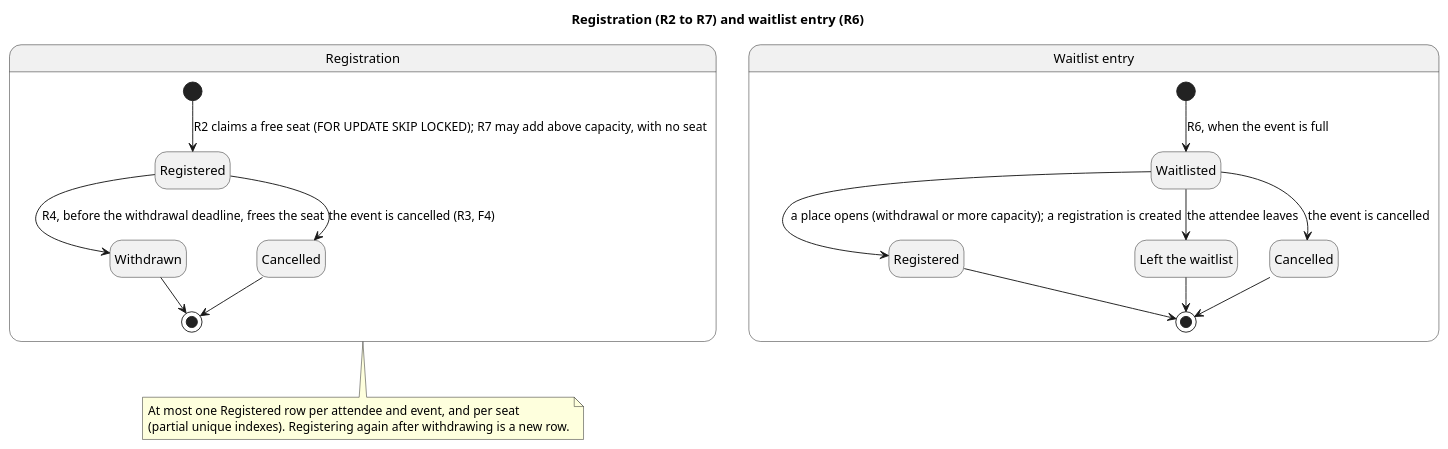
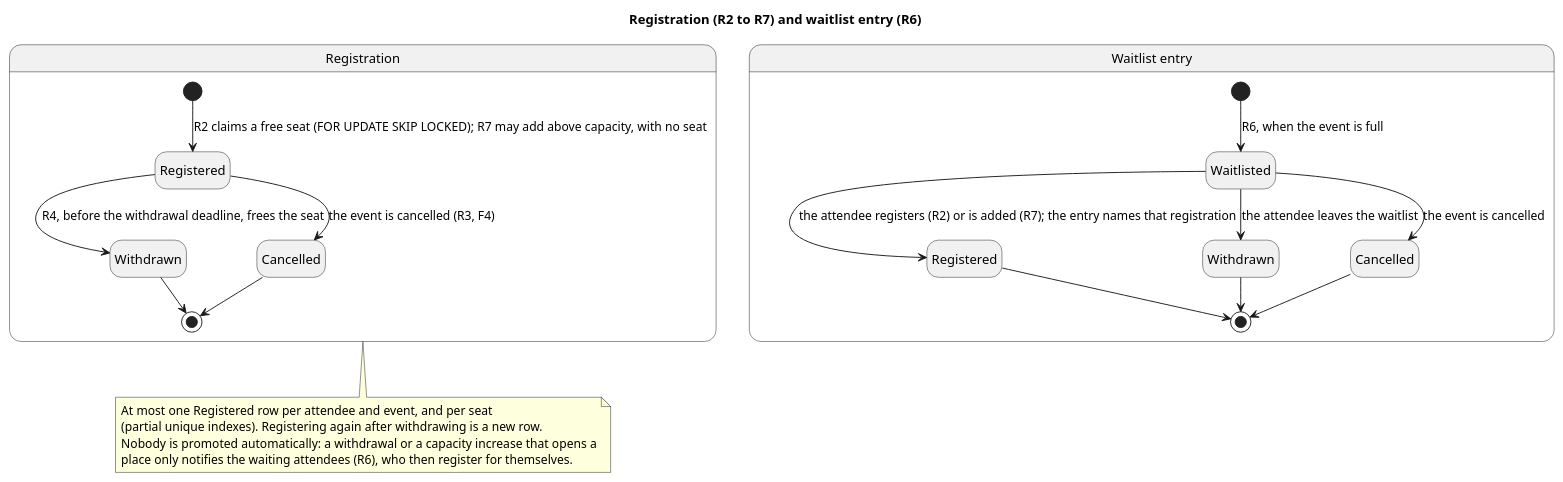
One commit to raphaelkwek/event-planning-and-venue-booking-system changed the diagram in documentation/architecture/domain/registration-states.puml. Above: the diagram before and after it, drawn with PlantUML. The commit also changed 4 other files, not shown here.

First line of the commit message:
docs(security): rewrite the threat model for the containers now built, fix state diagrams

```diff
--- a/documentation/architecture/domain/registration-states.puml
+++ b/documentation/architecture/domain/registration-states.puml
@@ -1,37 +1,39 @@
 @startuml registration-states
 title Registration (R2 to R7) and waitlist entry (R6)
 ' Hand-written from the registration service: src/service/*, src/domain/registrationRules.ts and waitlistRules.ts;
 ' statuses in backend/packages/contracts/src/registrationEvents.ts. A seat is a row (ADR-0005).
 hide empty description
 skinparam shadowing false
 
 state "Registration" as reg {
   state "Registered" as REGISTERED
   state "Withdrawn" as WITHDRAWN
   state "Cancelled" as CANCELLED
   [*] --> REGISTERED : R2 claims a free seat (FOR UPDATE SKIP LOCKED); R7 may add above capacity, with no seat
   REGISTERED --> WITHDRAWN : R4, before the withdrawal deadline, frees the seat
   REGISTERED --> CANCELLED : the event is cancelled (R3, F4)
   WITHDRAWN --> [*]
   CANCELLED --> [*]
 }
 
 state "Waitlist entry" as wait {
   state "Waitlisted" as WAITLISTED
   state "Registered" as PROMOTED
-  state "Left the waitlist" as LEFT
+  state "Withdrawn" as LEFT
   state "Cancelled" as WCANCELLED
   [*] --> WAITLISTED : R6, when the event is full
-  WAITLISTED --> PROMOTED : a place opens (withdrawal or more capacity); a registration is created
-  WAITLISTED --> LEFT : the attendee leaves
+  WAITLISTED --> PROMOTED : the attendee registers (R2) or is added (R7); the entry names that registration
+  WAITLISTED --> LEFT : the attendee leaves the waitlist
   WAITLISTED --> WCANCELLED : the event is cancelled
   PROMOTED --> [*]
   LEFT --> [*]
   WCANCELLED --> [*]
 }
 
 note bottom of reg
   At most one Registered row per attendee and event, and per seat
   (partial unique indexes). Registering again after withdrawing is a new row.
+  Nobody is promoted automatically: a withdrawal or a capacity increase that opens a
+  place only notifies the waiting attendees (R6), who then register for themselves.
 end note
 @enduml
```
